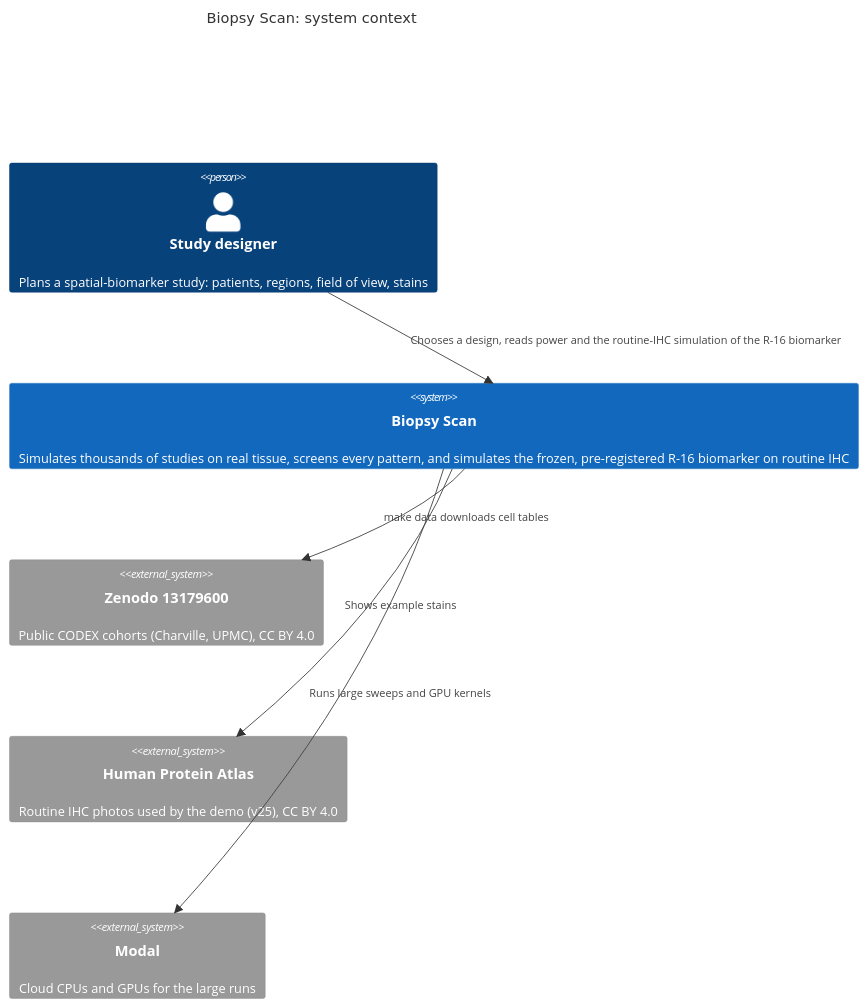
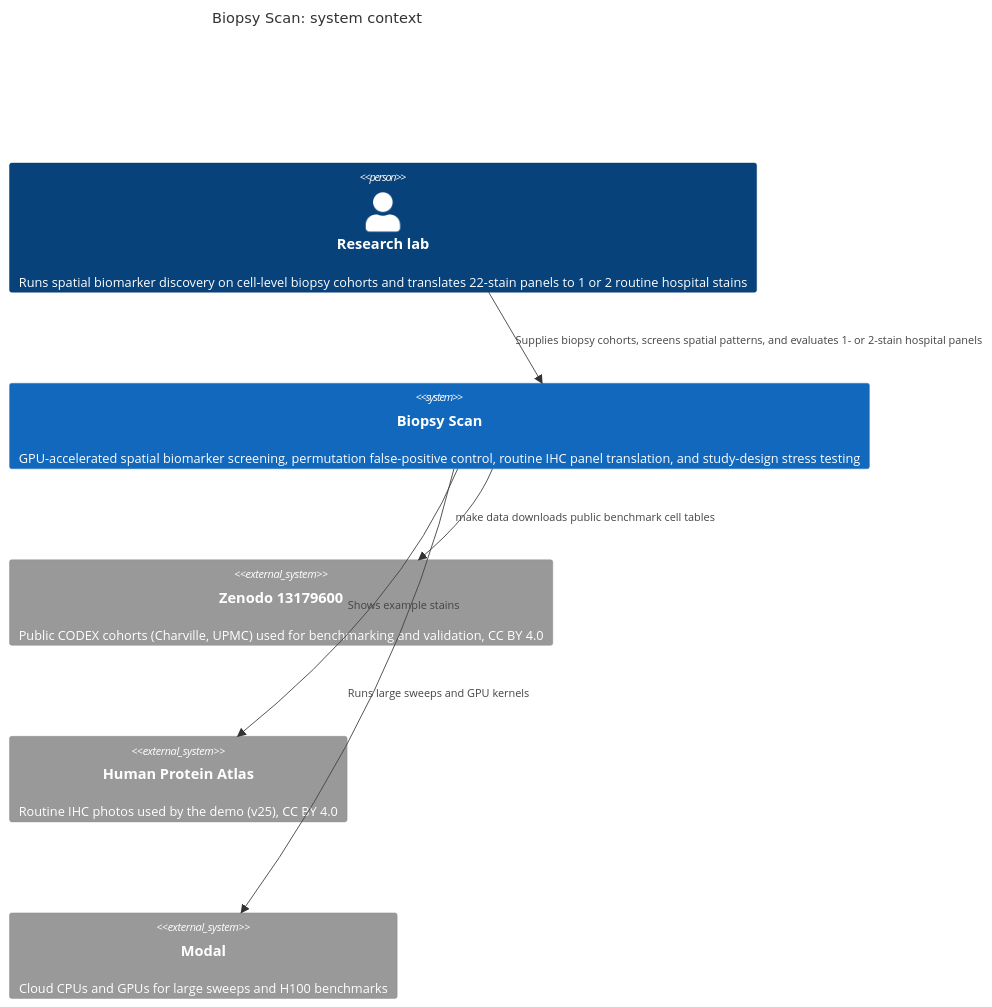
Before and after one commit to atiladeokegab/biopsy-scan: the first of 3 diagrams in ARCHITECTURE.md, drawn with Mermaid. The commit also changed other lines of this file and 5 other files, not shown here.

Commit message:
docs: align README and docs with Biopsy Scan GPU biomarker discovery framing

````diff
--- a/ARCHITECTURE.md
+++ b/ARCHITECTURE.md
@@ -11,13 +11,13 @@
 ```mermaid
 C4Context
   title Biopsy Scan: system context
-  Person(researcher, "Study designer", "Plans a spatial-biomarker study: patients, regions, field of view, stains")
-  System(preflight, "Biopsy Scan", "Simulates thousands of studies on real tissue, screens every pattern, and simulates the frozen, pre-registered R-16 biomarker on routine IHC")
-  System_Ext(zenodo, "Zenodo 13179600", "Public CODEX cohorts (Charville, UPMC), CC BY 4.0")
+  Person(researcher, "Research lab", "Runs spatial biomarker discovery on cell-level biopsy cohorts and translates 22-stain panels to 1 or 2 routine hospital stains")
+  System(biopsy_scan, "Biopsy Scan", "GPU-accelerated spatial biomarker screening, permutation false-positive control, routine IHC panel translation, and study-design stress testing")
+  System_Ext(zenodo, "Zenodo 13179600", "Public CODEX cohorts (Charville, UPMC) used for benchmarking and validation, CC BY 4.0")
   System_Ext(hpa, "Human Protein Atlas", "Routine IHC photos used by the demo (v25), CC BY 4.0")
-  System_Ext(modal, "Modal", "Cloud CPUs and GPUs for the large runs")
-  Rel(researcher, preflight, "Chooses a design, reads power and the routine-IHC simulation of the R-16 biomarker")
-  Rel(preflight, zenodo, "make data downloads cell tables")
-  Rel(preflight, modal, "Runs large sweeps and GPU kernels")
-  Rel(preflight, hpa, "Shows example stains")
+  System_Ext(modal, "Modal", "Cloud CPUs and GPUs for large sweeps and H100 benchmarks")
+  Rel(researcher, biopsy_scan, "Supplies biopsy cohorts, screens spatial patterns, and evaluates 1- or 2-stain hospital panels")
+  Rel(biopsy_scan, zenodo, "make data downloads public benchmark cell tables")
+  Rel(biopsy_scan, modal, "Runs large sweeps and GPU kernels")
+  Rel(biopsy_scan, hpa, "Shows example stains")
 ```
````
